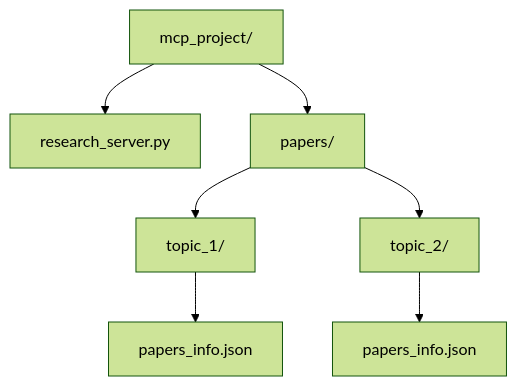
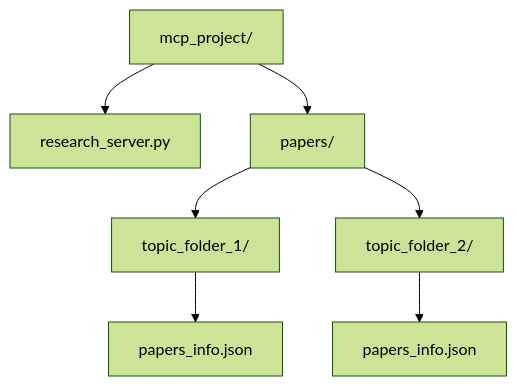
Before and after one commit to sajinvk/Data: the fifth of 5 diagrams in MCPBuildRichContextAIAppsAnthropic.md, drawn with Mermaid (forest theme). The commit also changed other lines of this file, not shown here.

````diff
--- a/MCPBuildRichContextAIAppsAnthropic.md
+++ b/MCPBuildRichContextAIAppsAnthropic.md
@@ -774,11 +919,9 @@
 ```mermaid
-
 flowchart TD
     A[mcp_project/] --> B[research_server.py]
     A --> C[papers/]
-    C --> D[topic_1/]
-    C --> E[topic_2/]
+    C --> D[topic_folder_1/]
+    C --> E[topic_folder_2/]
     D --> F[papers_info.json]
     E --> G[papers_info.json]
-
 ```
````
